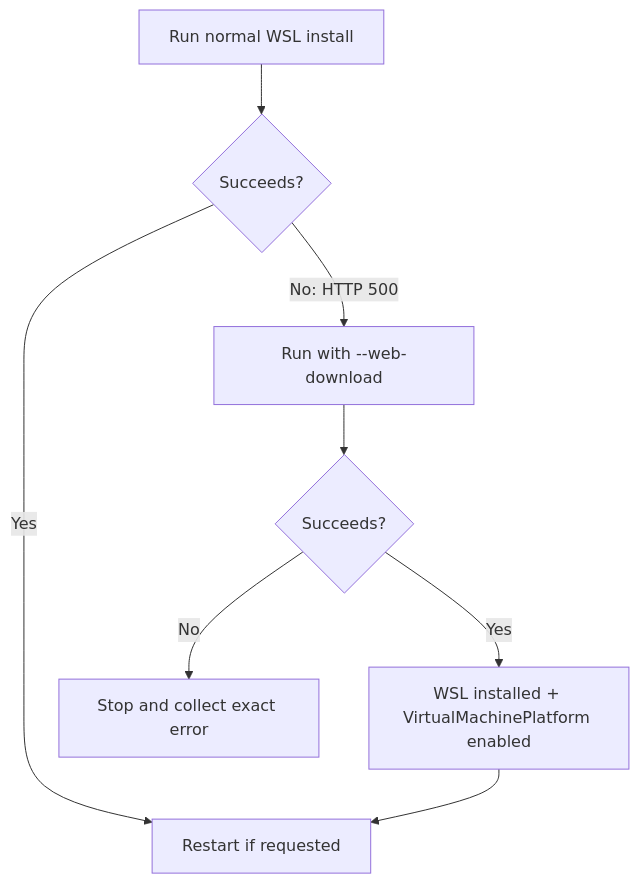
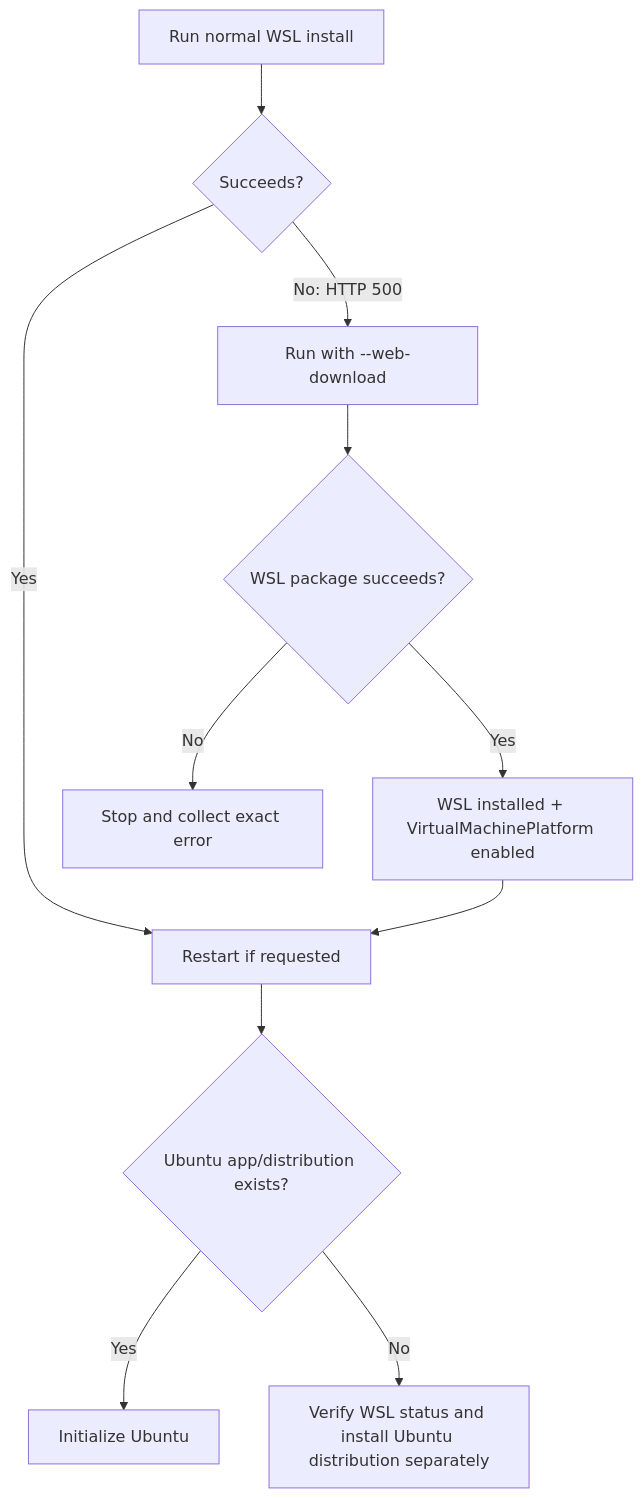
The diagram in growth-os/troubleshooting/INC-WSL2-0001-HTTP-500.md (DashSaman/-SEO), drawn with Mermaid before and after one commit. The commit also changed other lines of this file, not shown here.

Commit message:
docs: record post-reboot Ubuntu distribution state

````diff
--- a/growth-os/troubleshooting/INC-WSL2-0001-HTTP-500.md
+++ b/growth-os/troubleshooting/INC-WSL2-0001-HTTP-500.md
@@ -32,10 +32,13 @@
 ```mermaid
 flowchart TD
     A[Run normal WSL install] --> B{Succeeds?}
     B -->|Yes| C[Restart if requested]
     B -->|No: HTTP 500| D[Run with --web-download]
-    D --> E{Succeeds?}
+    D --> E{WSL package succeeds?}
     E -->|Yes| F[WSL installed + VirtualMachinePlatform enabled]
     F --> C
+    C --> H{Ubuntu app/distribution exists?}
+    H -->|Yes| I[Initialize Ubuntu]
+    H -->|No| J[Verify WSL status and install Ubuntu distribution separately]
     E -->|No| G[Stop and collect exact error]
 ```
````
